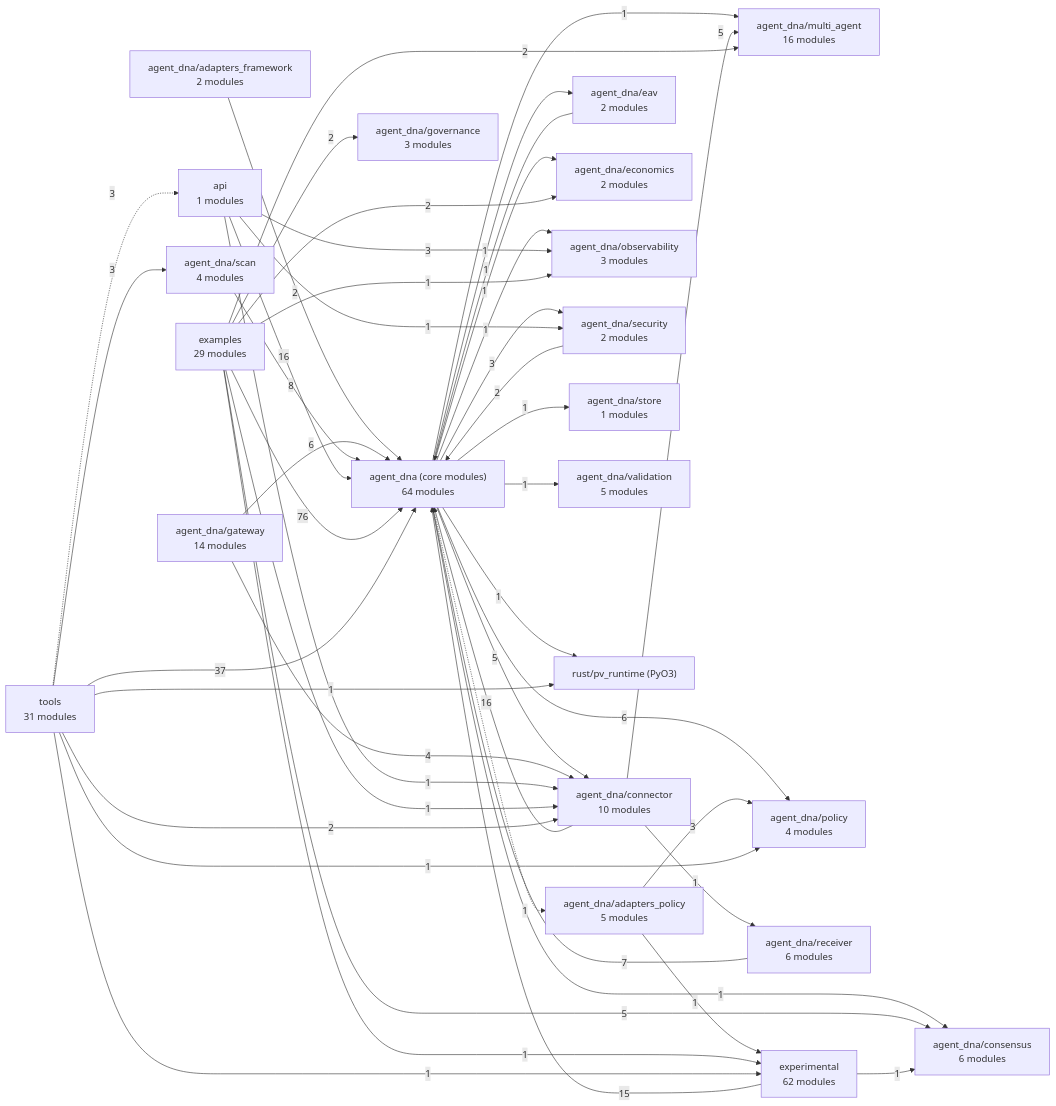
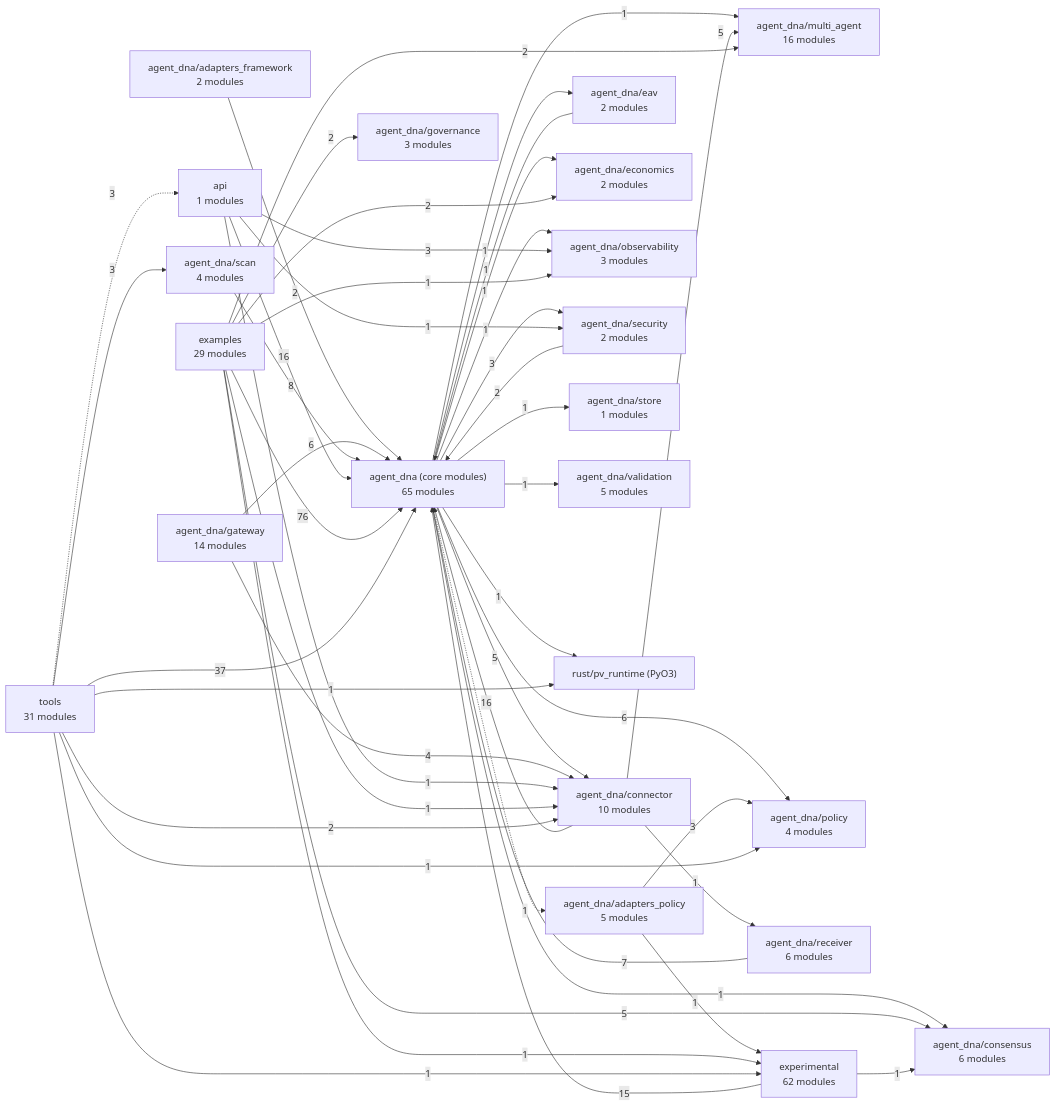
Before and after one commit to LOLA0786/privatevault-agent-dna: the diagram in docs/architecture/MAP.md, drawn with Mermaid. The commit also changed other lines of this file and 11 other files, not shown here.

````diff
--- a/docs/architecture/MAP.md
+++ b/docs/architecture/MAP.md
@@ -7,70 +7,70 @@
 ```mermaid
 flowchart LR
-  n0["agent_dna (core modules)<br/>64 modules"]
+  n0["agent_dna (core modules)<br/>65 modules"]
   n1["agent_dna/adapters_framework<br/>2 modules"]
   n2["agent_dna/adapters_policy<br/>5 modules"]
   n3["agent_dna/connector<br/>10 modules"]
   n4["agent_dna/consensus<br/>6 modules"]
   n5["agent_dna/eav<br/>2 modules"]
   n6["agent_dna/economics<br/>2 modules"]
   n7["agent_dna/gateway<br/>14 modules"]
   n8["agent_dna/governance<br/>3 modules"]
   n9["agent_dna/multi_agent<br/>16 modules"]
   n10["agent_dna/observability<br/>3 modules"]
   n11["agent_dna/policy<br/>4 modules"]
   n12["agent_dna/receiver<br/>6 modules"]
   n13["agent_dna/scan<br/>4 modules"]
   n14["agent_dna/security<br/>2 modules"]
   n15["agent_dna/store<br/>1 modules"]
   n16["agent_dna/validation<br/>5 modules"]
   n17["api<br/>1 modules"]
   n18["examples<br/>29 modules"]
   n19["experimental<br/>62 modules"]
   n20["rust/pv_runtime (PyO3)"]
   n21["tools<br/>31 modules"]
   n0 -.->|1| n2
   n0 -->|5| n3
   n0 -->|1| n4
   n0 -->|1| n5
   n0 -->|1| n6
   n0 -->|1| n9
   n0 -->|1| n10
   n0 -->|6| n11
   n0 -->|3| n14
   n0 -->|1| n15
   n0 -->|1| n16
   n0 -->|1| n20
   n1 -->|2| n0
   n2 -->|3| n11
   n2 -->|1| n19
   n3 -->|16| n0
   n3 -->|5| n9
   n3 -->|1| n12
   n5 -->|1| n0
   n7 -->|6| n0
   n7 -->|4| n3
   n12 -->|7| n0
   n13 -->|8| n0
   n14 -->|2| n0
   n17 -->|16| n0
   n17 -->|1| n3
   n17 -->|3| n10
   n17 -->|1| n14
   n18 -->|76| n0
   n18 -->|1| n3
   n18 -->|5| n4
   n18 -->|2| n6
   n18 -->|2| n8
   n18 -->|2| n9
   n18 -->|1| n10
   n18 -->|1| n19
   n19 -->|15| n0
   n19 -->|1| n4
   n21 -->|37| n0
   n21 -->|2| n3
   n21 -->|1| n11
   n21 -->|3| n13
   n21 -.->|3| n17
   n21 -->|1| n19
   n21 -->|1| n20
 ```
````
